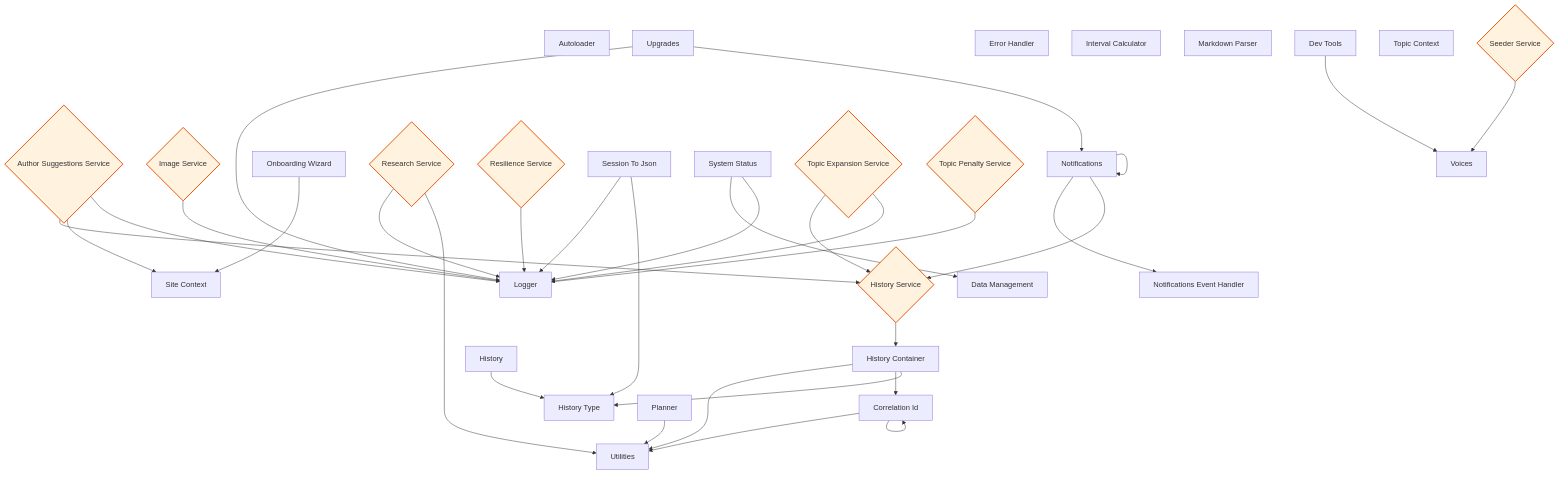
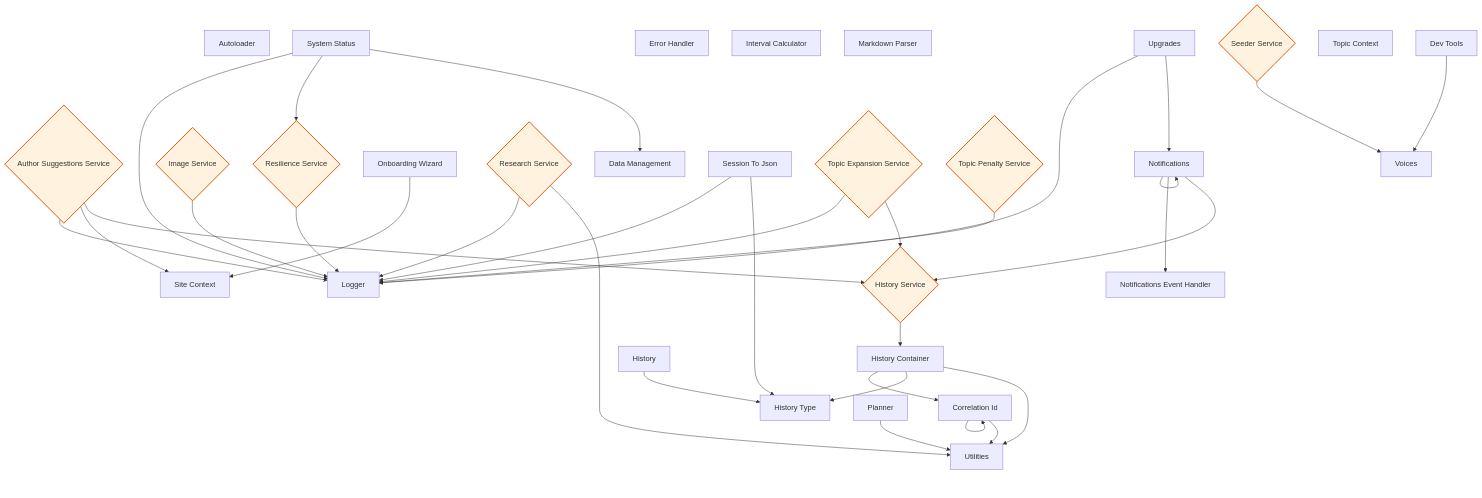
The tenth of 10 diagrams in docs/feature-report.md (rpnunez/wp-ai-scheduler), drawn with Mermaid before and after one commit. The commit also changed other lines of this file and 1 other file, not shown here.

````diff
--- a/docs/feature-report.md
+++ b/docs/feature-report.md
@@ -484,71 +490,72 @@
 ```mermaid
 flowchart TD
     %% Utilities Architecture
 
     Author_Suggestions_Service{"Author Suggestions Service"}
     Autoloader["Autoloader"]
     Correlation_ID["Correlation Id"]
     Data_Management["Data Management"]
     Dev_Tools["Dev Tools"]
     Error_Handler["Error Handler"]
     History_Container["History Container"]
     History_Service{"History Service"}
     History_Type["History Type"]
     History["History"]
     Image_Service{"Image Service"}
     Interval_Calculator["Interval Calculator"]
     Logger["Logger"]
     Markdown_Parser["Markdown Parser"]
     Notifications_Event_Handler["Notifications Event Handler"]
     Notifications["Notifications"]
     Onboarding_Wizard["Onboarding Wizard"]
     Planner["Planner"]
     Research_Service{"Research Service"}
     Resilience_Service{"Resilience Service"}
     Seeder_Service{"Seeder Service"}
     Session_To_JSON["Session To Json"]
     Site_Context["Site Context"]
     System_Status["System Status"]
     Topic_Context["Topic Context"]
     Topic_Expansion_Service{"Topic Expansion Service"}
     Topic_Penalty_Service{"Topic Penalty Service"}
     Upgrades["Upgrades"]
     Utilities["Utilities"]
     Voices["Voices"]
 
     Author_Suggestions_Service --> History_Service
     Author_Suggestions_Service --> Site_Context
     Author_Suggestions_Service --> Logger
     Correlation_ID --> Utilities
     Correlation_ID --> Correlation_ID
     Dev_Tools --> Voices
     History_Container --> Utilities
+    History_Container --> History_Type
     History_Container --> Correlation_ID
-    History_Container --> History_Type
     History_Service --> History_Container
     History --> History_Type
     Image_Service --> Logger
+    Notifications --> History_Service
+    Notifications --> Notifications
     Notifications --> Notifications_Event_Handler
-    Notifications --> Notifications
-    Notifications --> History_Service
     Onboarding_Wizard --> Site_Context
     Planner --> Utilities
+    Research_Service --> Utilities
     Research_Service --> Logger
-    Research_Service --> Utilities
     Resilience_Service --> Logger
     Seeder_Service --> Voices
+    Session_To_JSON --> History_Type
     Session_To_JSON --> Logger
-    Session_To_JSON --> History_Type
     System_Status --> Data_Management
+    System_Status --> Resilience_Service
     System_Status --> Logger
     Topic_Expansion_Service --> History_Service
     Topic_Expansion_Service --> Logger
     Topic_Penalty_Service --> Logger
+    Upgrades --> Notifications
     Upgrades --> Logger
-    Upgrades --> Notifications
 
     classDef repository fill:#e1f5ff,stroke:#01579b,stroke-width:2px
     classDef service fill:#fff3e0,stroke:#e65100,stroke-width:2px
     classDef controller fill:#f3e5f5,stroke:#4a148c,stroke-width:2px
     class Author_Suggestions_Service,History_Service,Image_Service,Research_Service,Resilience_Service,Seeder_Service,Topic_Expansion_Service,Topic_Penalty_Service service
 ```
````
